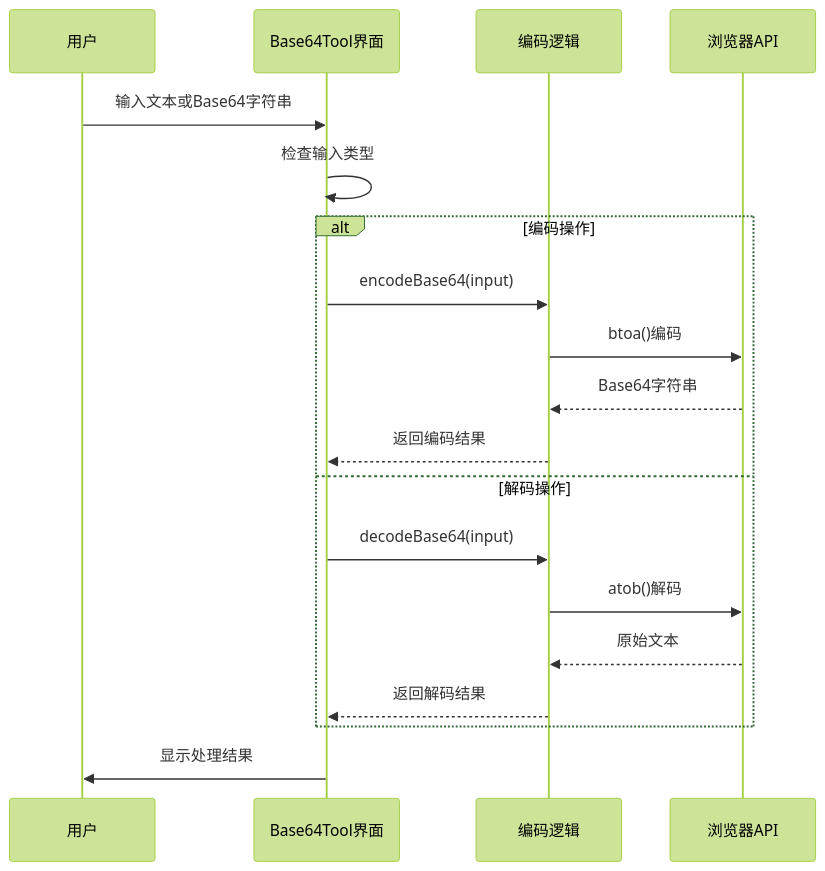
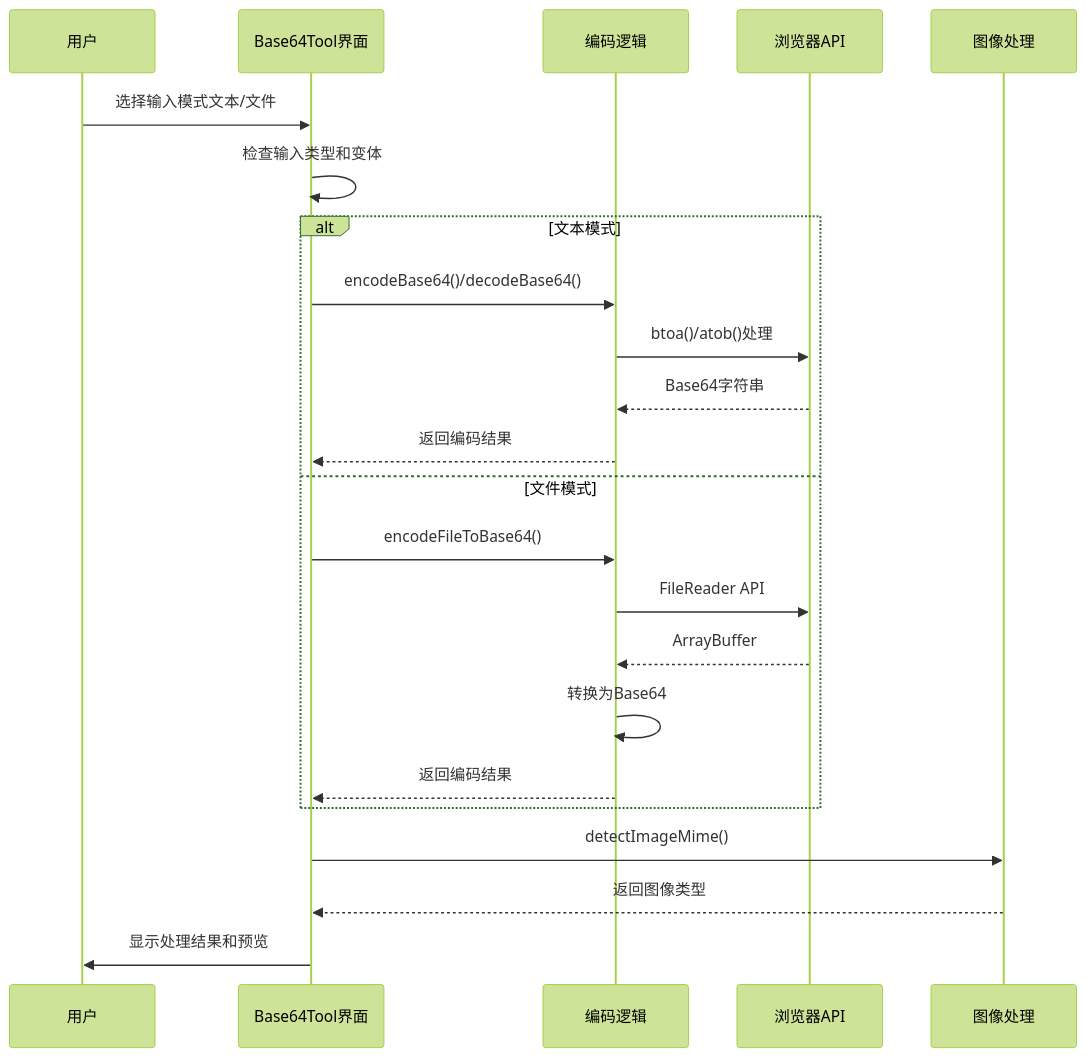
One commit to sgyy/privadeck changed the second of 6 diagrams in .qoder/repowiki/zh/content/开发者工具/Base64编码工具.md. Above: the diagram before and after it, drawn with Mermaid (forest theme). The commit also changed other lines of this file and 5 other files, not shown here.

````diff
--- a/.qoder/repowiki/zh/content/开发者工具/Base64编码工具.md
+++ b/.qoder/repowiki/zh/content/开发者工具/Base64编码工具.md
@@ -111,21 +165,25 @@
 ```mermaid
 sequenceDiagram
 participant User as 用户
 participant UI as Base64Tool界面
 participant Logic as 编码逻辑
 participant Browser as 浏览器API
-User->>UI : 输入文本或Base64字符串
-UI->>UI : 检查输入类型
-alt 编码操作
-UI->>Logic : encodeBase64(input)
-Logic->>Browser : btoa()编码
+participant Image as 图像处理
+User->>UI : 选择输入模式文本/文件
+UI->>UI : 检查输入类型和变体
+alt 文本模式
+UI->>Logic : encodeBase64()/decodeBase64()
+Logic->>Browser : btoa()/atob()处理
 Browser-->>Logic : Base64字符串
 Logic-->>UI : 返回编码结果
-else 解码操作
-UI->>Logic : decodeBase64(input)
-Logic->>Browser : atob()解码
-Browser-->>Logic : 原始文本
-Logic-->>UI : 返回解码结果
+else 文件模式
+UI->>Logic : encodeFileToBase64()
+Logic->>Browser : FileReader API
+Browser-->>Logic : ArrayBuffer
+Logic->>Logic : 转换为Base64
+Logic-->>UI : 返回编码结果
 end
-UI->>User : 显示处理结果
+UI->>Image : detectImageMime()
+Image-->>UI : 返回图像类型
+UI->>User : 显示处理结果和预览
 ```
````
